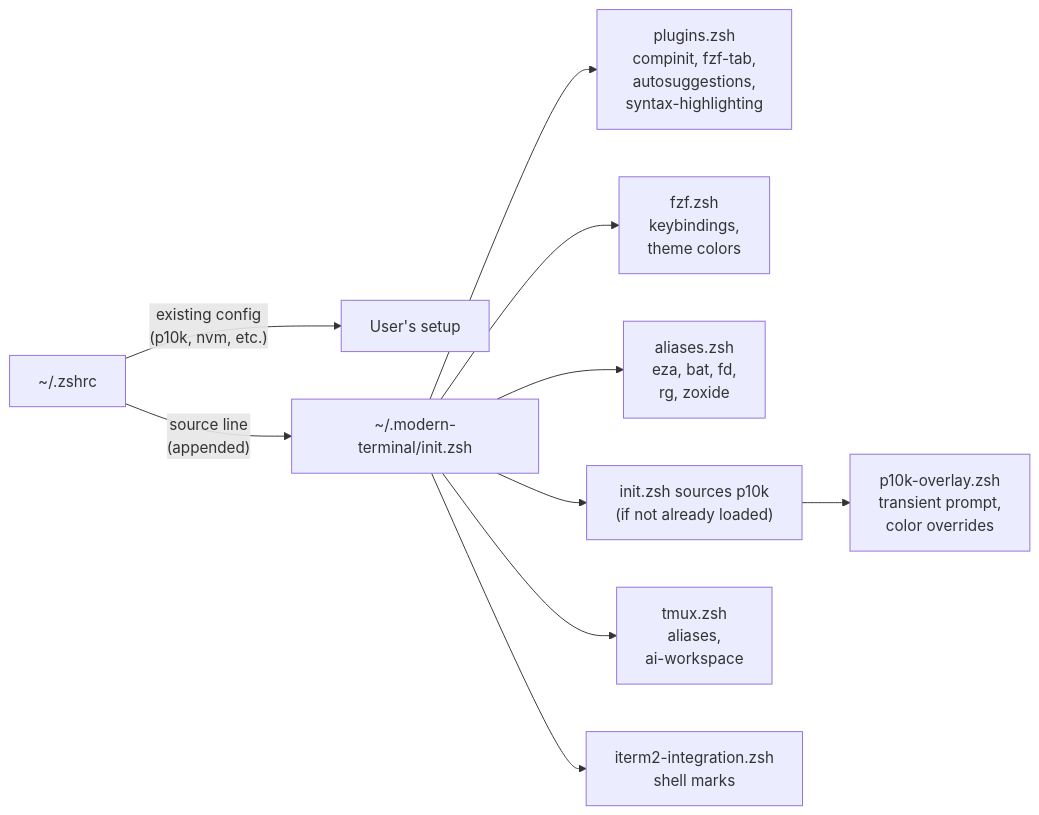
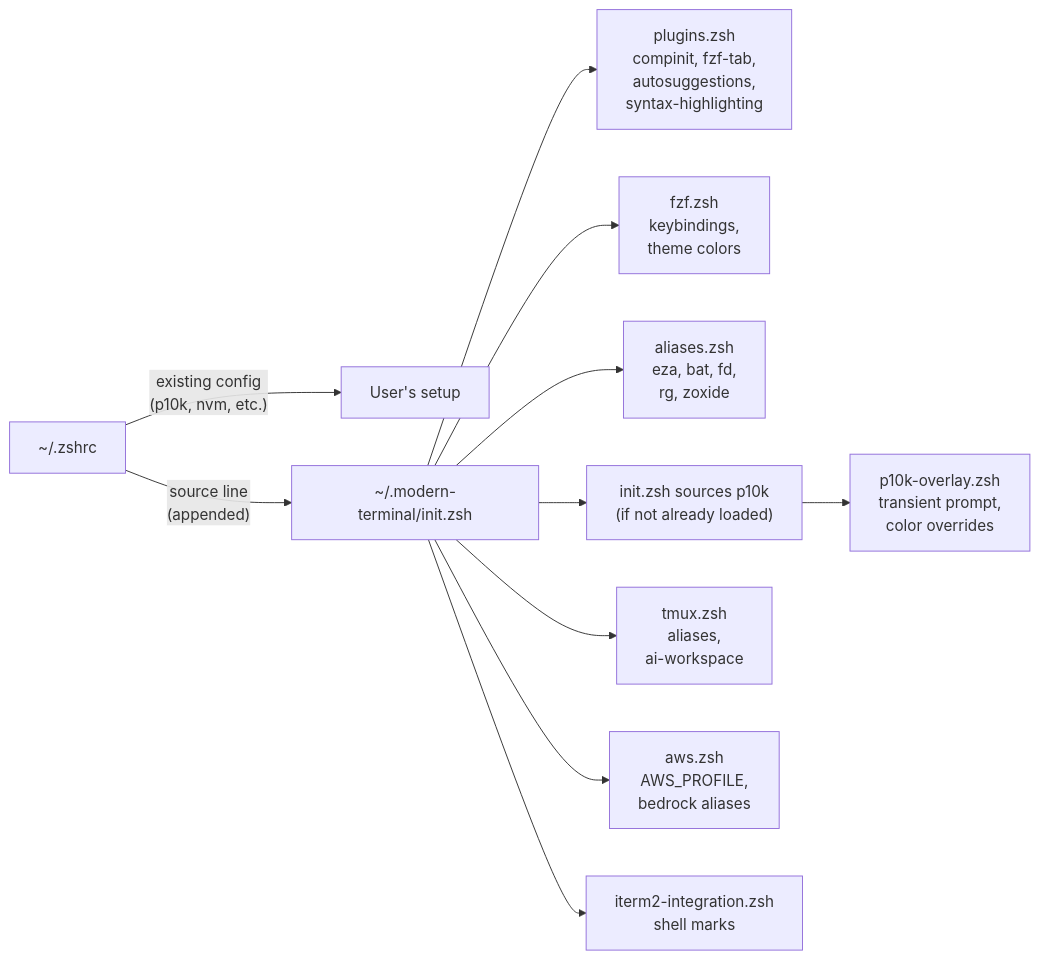
Before and after one commit to visaivis/iterm2: the third of 4 diagrams in docs/architecture.md, drawn with Mermaid. The commit also changed other lines of this file and 11 other files, not shown here.

First line of the commit message:
feat(bedrock): add AWS Bedrock as default OpenCode LLM provider

````diff
--- a/docs/architecture.md
+++ b/docs/architecture.md
@@ -59,12 +60,13 @@
 ```mermaid
 flowchart LR
     A[~/.zshrc] -->|"existing config<br/>(p10k, nvm, etc.)"| B[User's setup]
     A -->|"source line<br/>(appended)"| C[~/.modern-terminal/init.zsh]
     C --> D[plugins.zsh<br/>compinit, fzf-tab,<br/>autosuggestions,<br/>syntax-highlighting]
     C --> E[fzf.zsh<br/>keybindings,<br/>theme colors]
     C --> F[aliases.zsh<br/>eza, bat, fd,<br/>rg, zoxide]
     C --> G0["init.zsh sources p10k<br/>(if not already loaded)"]
     G0 --> G[p10k-overlay.zsh<br/>transient prompt,<br/>color overrides]
     C --> H[tmux.zsh<br/>aliases,<br/>ai-workspace]
+    C --> J[aws.zsh<br/>AWS_PROFILE,<br/>bedrock aliases]
     C --> I[iterm2-integration.zsh<br/>shell marks]
 ```
````
